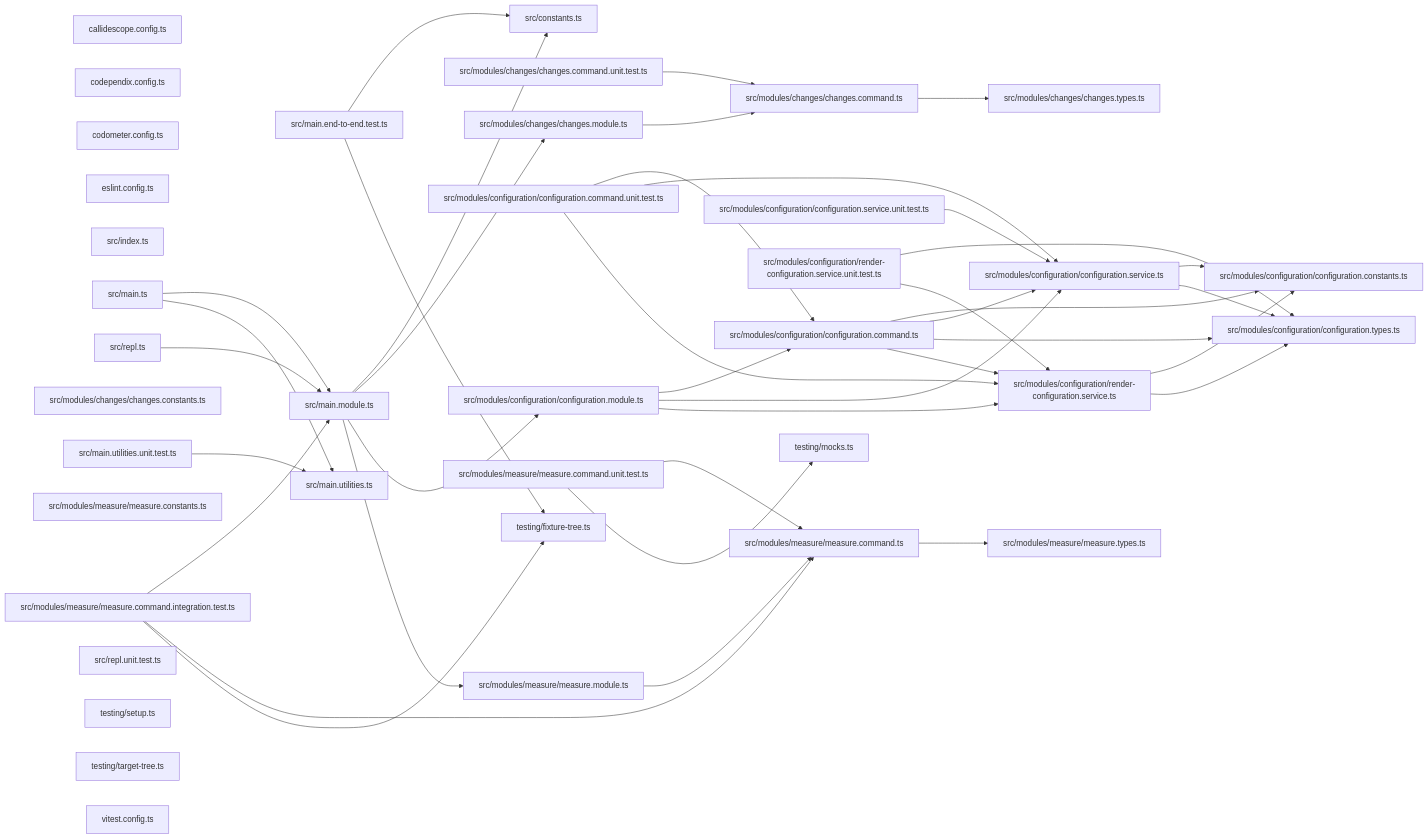
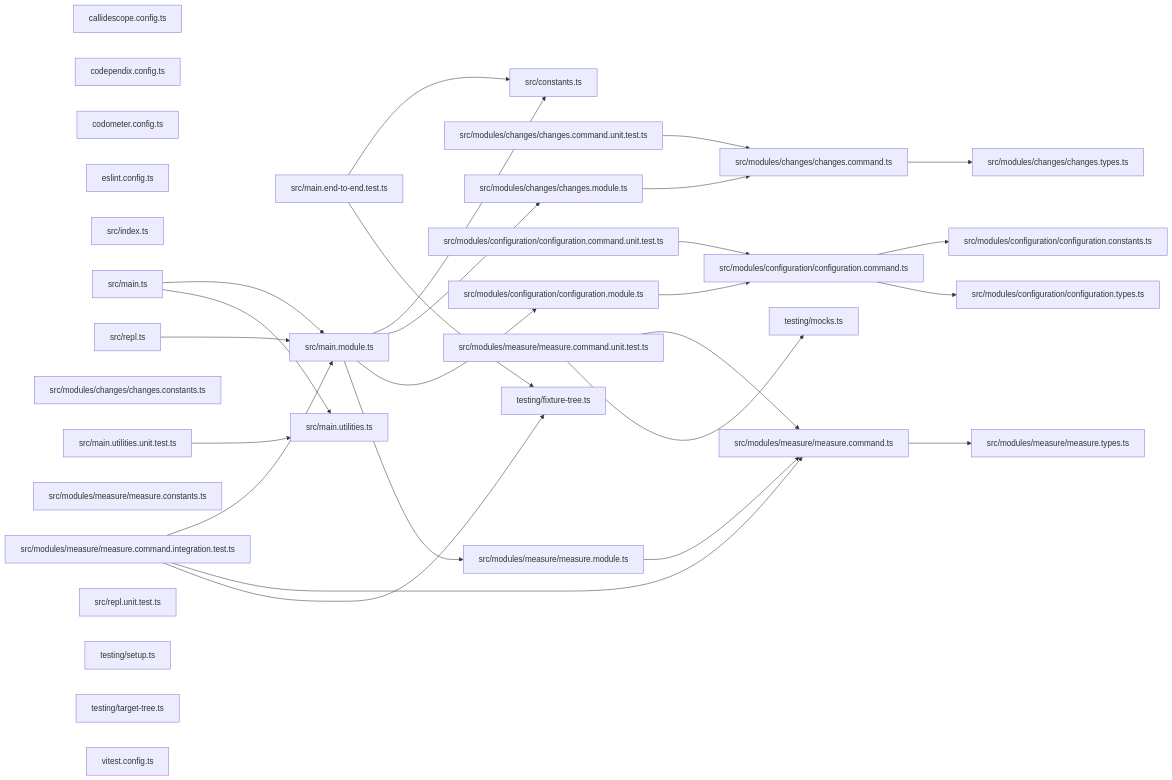
Before and after one commit to JimmyPaolini/codebase: the third of 3 diagrams in packages/ic-suite/codometer/codometer-cli/README.md, drawn with Mermaid. The commit also changed other lines of this file and 32 other files, not shown here.

````diff
--- a/packages/ic-suite/codometer/codometer-cli/README.md
+++ b/packages/ic-suite/codometer/codometer-cli/README.md
@@ -980,78 +971,61 @@
 ```mermaid
 graph LR
   file_callidescope_config_ts["callidescope.config.ts"]
   file_codependix_config_ts["codependix.config.ts"]
   file_codometer_config_ts["codometer.config.ts"]
   file_eslint_config_ts["eslint.config.ts"]
   file_src_constants_ts["src/constants.ts"]
   file_src_index_ts["src/index.ts"]
   file_src_main_end_to_end_test_ts["src/main.end-to-end.test.ts"]
   file_src_main_module_ts["src/main.module.ts"]
   file_src_main_ts["src/main.ts"]
   file_src_main_utilities_ts["src/main.utilities.ts"]
   file_src_main_utilities_unit_test_ts["src/main.utilities.unit.test.ts"]
   file_src_modules_changes_changes_command_ts["src/modules/changes/changes.command.ts"]
   file_src_modules_changes_changes_command_unit_test_ts["src/modules/changes/changes.command.unit.test.ts"]
   file_src_modules_changes_changes_constants_ts["src/modules/changes/changes.constants.ts"]
   file_src_modules_changes_changes_module_ts["src/modules/changes/changes.module.ts"]
   file_src_modules_changes_changes_types_ts["src/modules/changes/changes.types.ts"]
   file_src_modules_configuration_configuration_command_ts["src/modules/configuration/configuration.command.ts"]
   file_src_modules_configuration_configuration_command_unit_test_ts["src/modules/configuration/configuration.command.unit.test.ts"]
   file_src_modules_configuration_configuration_constants_ts["src/modules/configuration/configuration.constants.ts"]
   file_src_modules_configuration_configuration_module_ts["src/modules/configuration/configuration.module.ts"]
-  file_src_modules_configuration_configuration_service_ts["src/modules/configuration/configuration.service.ts"]
-  file_src_modules_configuration_configuration_service_unit_test_ts["src/modules/configuration/configuration.service.unit.test.ts"]
   file_src_modules_configuration_configuration_types_ts["src/modules/configuration/configuration.types.ts"]
-  file_src_modules_configuration_render_configuration_service_ts["src/modules/configuration/render-configuration.service.ts"]
-  file_src_modules_configuration_render_configuration_service_unit_test_ts["src/modules/configuration/render-configuration.service.unit.test.ts"]
   file_src_modules_measure_measure_command_integration_test_ts["src/modules/measure/measure.command.integration.test.ts"]
   file_src_modules_measure_measure_command_ts["src/modules/measure/measure.command.ts"]
   file_src_modules_measure_measure_command_unit_test_ts["src/modules/measure/measure.command.unit.test.ts"]
   file_src_modules_measure_measure_constants_ts["src/modules/measure/measure.constants.ts"]
   file_src_modules_measure_measure_module_ts["src/modules/measure/measure.module.ts"]
   file_src_modules_measure_measure_types_ts["src/modules/measure/measure.types.ts"]
   file_src_repl_ts["src/repl.ts"]
   file_src_repl_unit_test_ts["src/repl.unit.test.ts"]
   file_testing_fixture_tree_ts["testing/fixture-tree.ts"]
   file_testing_mocks_ts["testing/mocks.ts"]
   file_testing_setup_ts["testing/setup.ts"]
   file_testing_target_tree_ts["testing/target-tree.ts"]
   file_vitest_config_ts["vitest.config.ts"]
   file_src_main_end_to_end_test_ts --> file_src_constants_ts
   file_src_main_end_to_end_test_ts --> file_testing_fixture_tree_ts
   file_src_main_module_ts --> file_src_constants_ts
   file_src_main_module_ts --> file_src_modules_changes_changes_module_ts
   file_src_main_module_ts --> file_src_modules_configuration_configuration_module_ts
   file_src_main_module_ts --> file_src_modules_measure_measure_module_ts
   file_src_main_ts --> file_src_main_module_ts
   file_src_main_ts --> file_src_main_utilities_ts
   file_src_main_utilities_unit_test_ts --> file_src_main_utilities_ts
   file_src_modules_changes_changes_command_ts --> file_src_modules_changes_changes_types_ts
   file_src_modules_changes_changes_command_unit_test_ts --> file_src_modules_changes_changes_command_ts
   file_src_modules_changes_changes_module_ts --> file_src_modules_changes_changes_command_ts
   file_src_modules_configuration_configuration_command_ts --> file_src_modules_configuration_configuration_constants_ts
-  file_src_modules_configuration_configuration_command_ts --> file_src_modules_configuration_configuration_service_ts
   file_src_modules_configuration_configuration_command_ts --> file_src_modules_configuration_configuration_types_ts
-  file_src_modules_configuration_configuration_command_ts --> file_src_modules_configuration_render_configuration_service_ts
   file_src_modules_configuration_configuration_command_unit_test_ts --> file_src_modules_configuration_configuration_command_ts
-  file_src_modules_configuration_configuration_command_unit_test_ts --> file_src_modules_configuration_configuration_service_ts
-  file_src_modules_configuration_configuration_command_unit_test_ts --> file_src_modules_configuration_render_configuration_service_ts
   file_src_modules_configuration_configuration_module_ts --> file_src_modules_configuration_configuration_command_ts
-  file_src_modules_configuration_configuration_module_ts --> file_src_modules_configuration_configuration_service_ts
-  file_src_modules_configuration_configuration_module_ts --> file_src_modules_configuration_render_configuration_service_ts
-  file_src_modules_configuration_configuration_service_ts --> file_src_modules_configuration_configuration_constants_ts
-  file_src_modules_configuration_configuration_service_ts --> file_src_modules_configuration_configuration_types_ts
-  file_src_modules_configuration_configuration_service_unit_test_ts --> file_src_modules_configuration_configuration_service_ts
-  file_src_modules_configuration_render_configuration_service_ts --> file_src_modules_configuration_configuration_constants_ts
-  file_src_modules_configuration_render_configuration_service_ts --> file_src_modules_configuration_configuration_types_ts
-  file_src_modules_configuration_render_configuration_service_unit_test_ts --> file_src_modules_configuration_configuration_types_ts
-  file_src_modules_configuration_render_configuration_service_unit_test_ts --> file_src_modules_configuration_render_configuration_service_ts
   file_src_modules_measure_measure_command_integration_test_ts --> file_src_main_module_ts
   file_src_modules_measure_measure_command_integration_test_ts --> file_src_modules_measure_measure_command_ts
   file_src_modules_measure_measure_command_integration_test_ts --> file_testing_fixture_tree_ts
   file_src_modules_measure_measure_command_ts --> file_src_modules_measure_measure_types_ts
   file_src_modules_measure_measure_command_unit_test_ts --> file_src_modules_measure_measure_command_ts
   file_src_modules_measure_measure_command_unit_test_ts --> file_testing_mocks_ts
   file_src_modules_measure_measure_module_ts --> file_src_modules_measure_measure_command_ts
   file_src_repl_ts --> file_src_main_module_ts
 ```
````
